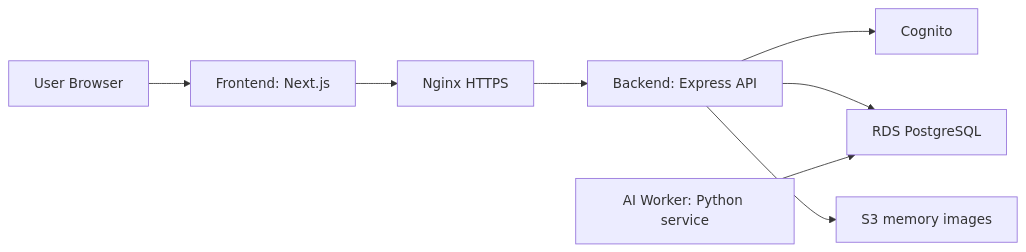
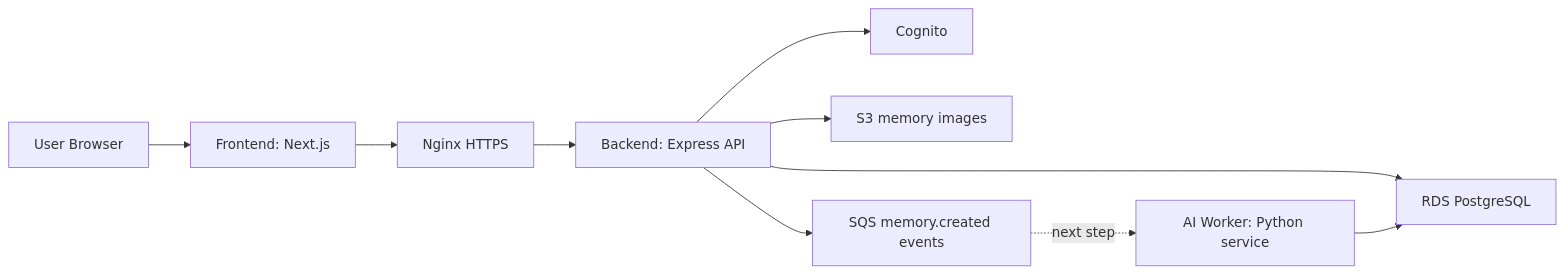
The diagram in docs/architecture.md (jungho970720-sketch/Moodot-cloud), drawn with Mermaid before and after one commit. The commit also changed other lines of this file and 9 other files, not shown here.

Commit message:
feat: enqueue memory events to sqs

````diff
--- a/docs/architecture.md
+++ b/docs/architecture.md
@@ -13,10 +13,12 @@
 ```mermaid
 flowchart LR
     U["User Browser"] --> FE["Frontend: Next.js"]
     FE --> NX["Nginx HTTPS"]
     NX --> BE["Backend: Express API"]
     BE --> CG["Cognito"]
     BE --> RDS["RDS PostgreSQL"]
     BE --> S3["S3 memory images"]
-    AI["AI Worker: Python service"] --> RDS
+    BE --> SQS["SQS memory.created events"]
+    SQS -. "next step" .-> AI["AI Worker: Python service"]
+    AI --> RDS
 ```
````
